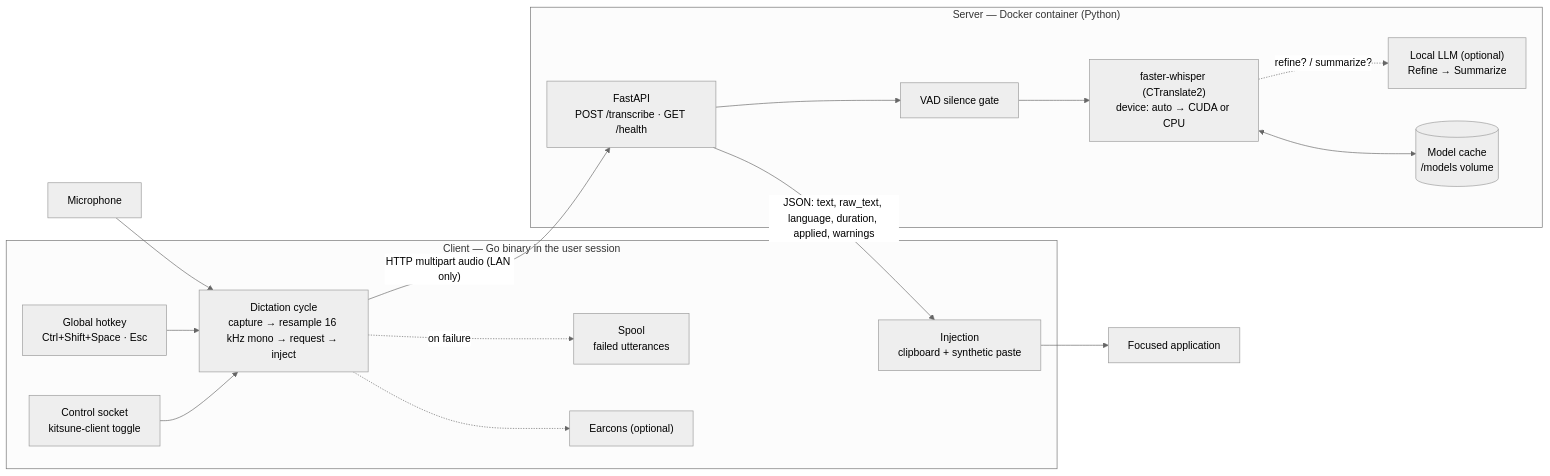
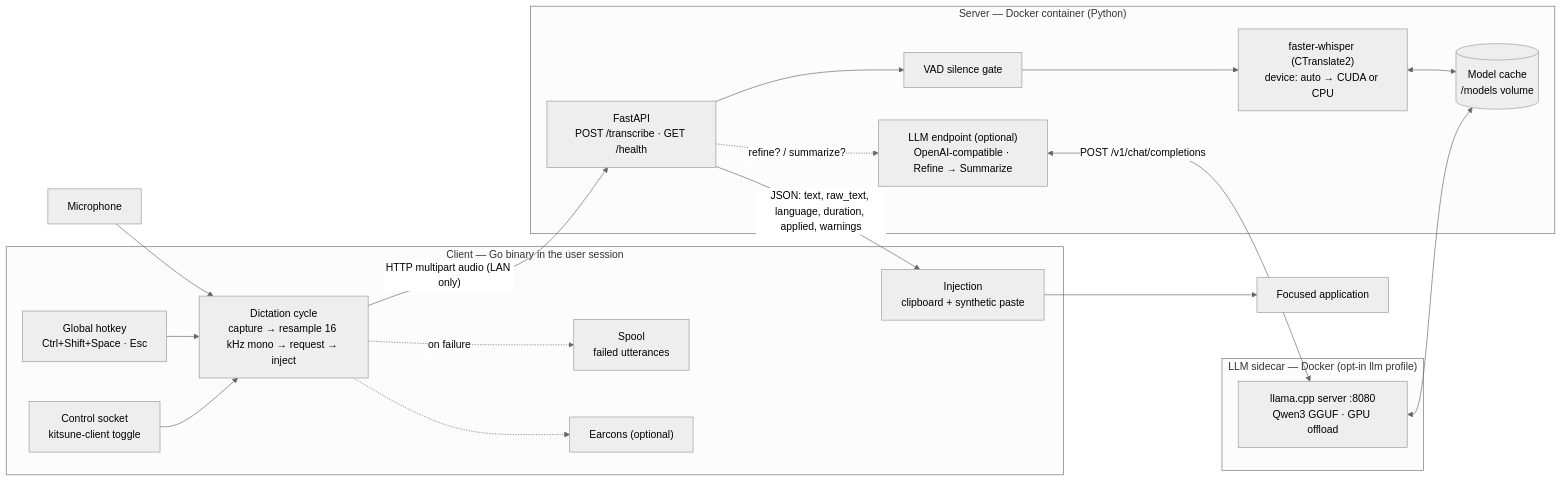
One commit to FoxRed-cmd/kitsune-whisper changed the first of 2 diagrams in README.md. Above: the diagram before and after it, drawn with Mermaid (neutral theme). The commit also changed other lines of this file and 15 other files, not shown here.

First line of the commit message:
Server: post-processing over an OpenAI-compatible endpoint (#35) (#40)

````diff
--- a/README.md
+++ b/README.md
@@ -42,34 +54,40 @@
 ```mermaid
 flowchart LR
     subgraph client["Client — Go binary in the user session"]
         hotkey["Global hotkey<br/>Ctrl+Shift+Space · Esc"]
         ctl["Control socket<br/>kitsune-client toggle"]
         cycle["Dictation cycle<br/>capture → resample 16 kHz mono → request → inject"]
         inject["Injection<br/>clipboard + synthetic paste"]
         spool["Spool<br/>failed utterances"]
         earcon["Earcons (optional)"]
     end
 
     mic["Microphone"]
     app["Focused application"]
 
     subgraph server["Server — Docker container (Python)"]
         api["FastAPI<br/>POST /transcribe · GET /health"]
         vad["VAD silence gate"]
         engine["faster-whisper (CTranslate2)<br/>device: auto → CUDA or CPU"]
-        proc["Local LLM (optional)<br/>Refine → Summarize"]
+        proc["LLM endpoint (optional)<br/>OpenAI-compatible · Refine → Summarize"]
         models[("Model cache<br/>/models volume")]
+    end
+
+    subgraph sidecar["LLM sidecar — Docker (opt-in llm profile)"]
+        llama["llama.cpp server :8080<br/>Qwen3 GGUF · GPU offload"]
     end
 
     mic --> cycle
     hotkey --> cycle
     ctl --> cycle
     cycle -->|"HTTP multipart audio (LAN only)"| api
     api --> vad --> engine
     engine <--> models
-    engine -.->|"refine? / summarize?"| proc
+    api -.->|"refine? / summarize?"| proc
+    proc <-->|"POST /v1/chat/completions"| llama
+    llama <--> models
     api -->|"JSON: text, raw_text, language, duration, applied, warnings"| inject
     inject --> app
     cycle -.->|on failure| spool
     cycle -.-> earcon
 ```
````
